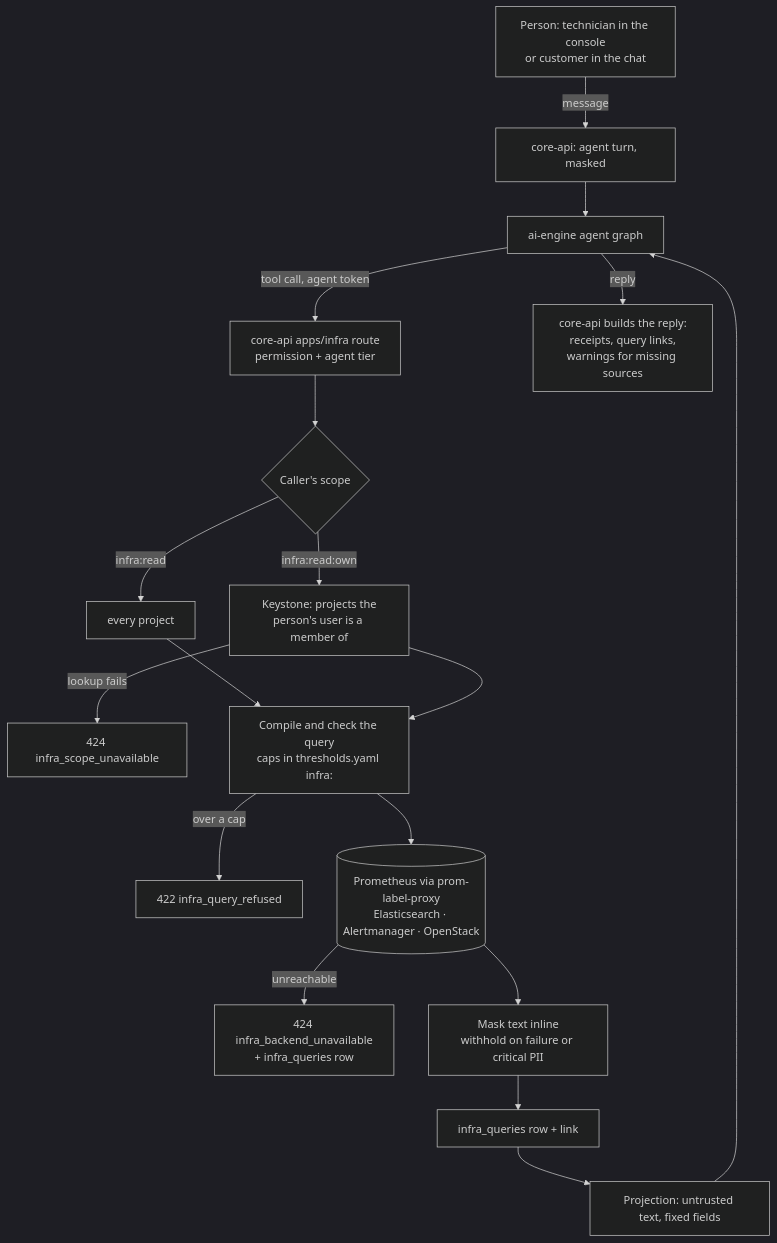
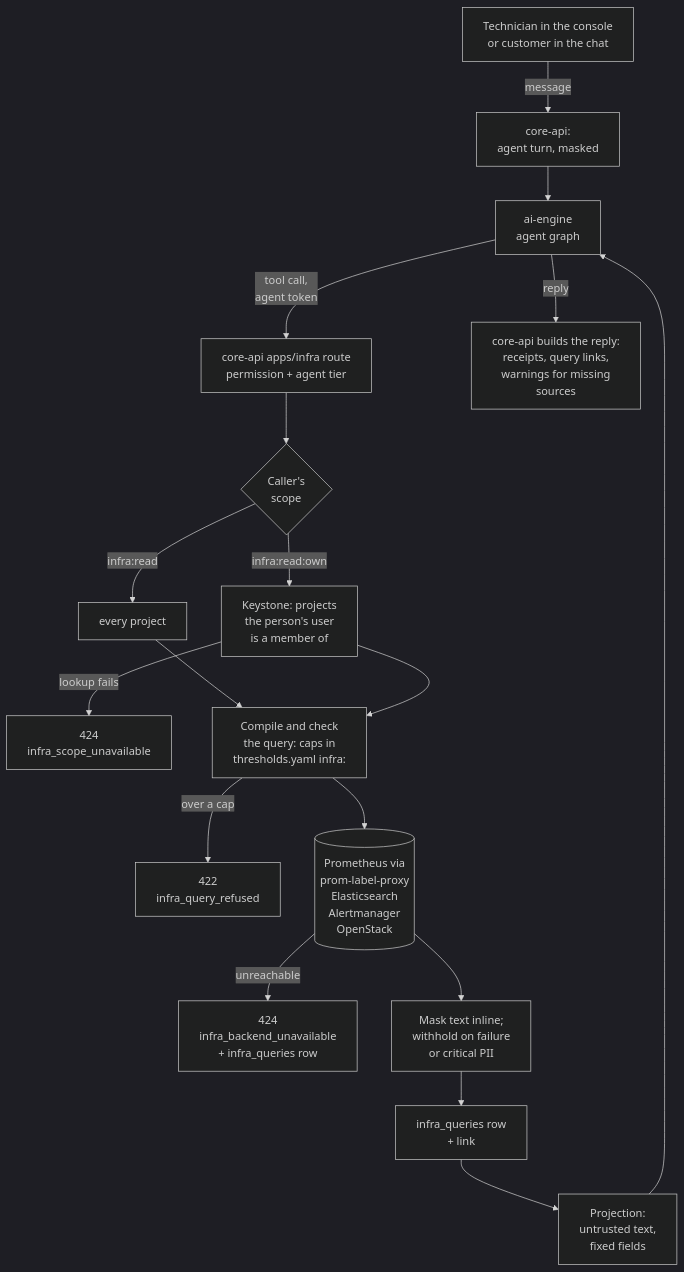
The first of 3 diagrams in docs/requirements/phase-2/06-F17-infra.md (DrMartinel/smart_ticket), drawn with Mermaid (dark theme) before and after one commit. The commit also changed other lines of this file and 5 other files, not shown here.

````diff
--- a/docs/requirements/phase-2/06-F17-infra.md
+++ b/docs/requirements/phase-2/06-F17-infra.md
@@ -66,20 +72,20 @@
 ```mermaid
 flowchart TD
-    P[Person: technician in the console<br/>or customer in the chat] -->|message| T[core-api: agent turn, masked]
-    T --> G[ai-engine agent graph]
-    G -->|tool call, agent token| R[core-api apps/infra route<br/>permission + agent tier]
-    R --> S{Caller's scope}
-    S -->|infra:read| ALL[every project]
-    S -->|infra:read:own| KS[Keystone: projects the<br/>person's user is a member of]
-    KS -->|lookup fails| REF[424 infra_scope_unavailable]
-    ALL --> Q[Compile and check the query<br/>caps in thresholds.yaml infra:]
+    P["Technician in the console<br/>or customer in the chat"] -->|message| T["core-api:<br/>agent turn, masked"]
+    T --> G["ai-engine<br/>agent graph"]
+    G -->|"tool call,<br/>agent token"| R["core-api apps/infra route<br/>permission + agent tier"]
+    R --> S{"Caller's<br/>scope"}
+    S -->|infra:read| ALL["every project"]
+    S -->|infra:read:own| KS["Keystone: projects<br/>the person's user<br/>is a member of"]
+    KS -->|lookup fails| REF["424<br/>infra_scope_unavailable"]
+    ALL --> Q["Compile and check<br/>the query: caps in<br/>thresholds.yaml infra:"]
     KS --> Q
-    Q -->|over a cap| R422[422 infra_query_refused]
-    Q --> B[(Prometheus via prom-label-proxy<br/>Elasticsearch · Alertmanager · OpenStack)]
-    B -->|unreachable| R424[424 infra_backend_unavailable<br/>+ infra_queries row]
-    B --> M[Mask text inline<br/>withhold on failure or critical PII]
-    M --> REC[infra_queries row + link]
-    REC --> PJ[Projection: untrusted text, fixed fields]
+    Q -->|over a cap| R422["422<br/>infra_query_refused"]
+    Q --> B[("Prometheus via<br/>prom-label-proxy<br/>Elasticsearch<br/>Alertmanager<br/>OpenStack")]
+    B -->|unreachable| R424["424<br/>infra_backend_unavailable<br/>+ infra_queries row"]
+    B --> M["Mask text inline;<br/>withhold on failure<br/>or critical PII"]
+    M --> REC["infra_queries row<br/>+ link"]
+    REC --> PJ["Projection:<br/>untrusted text,<br/>fixed fields"]
     PJ --> G
-    G -->|reply| W[core-api builds the reply:<br/>receipts, query links,<br/>warnings for missing sources]
+    G -->|reply| W["core-api builds the reply:<br/>receipts, query links,<br/>warnings for missing<br/>sources"]
 ```
````
